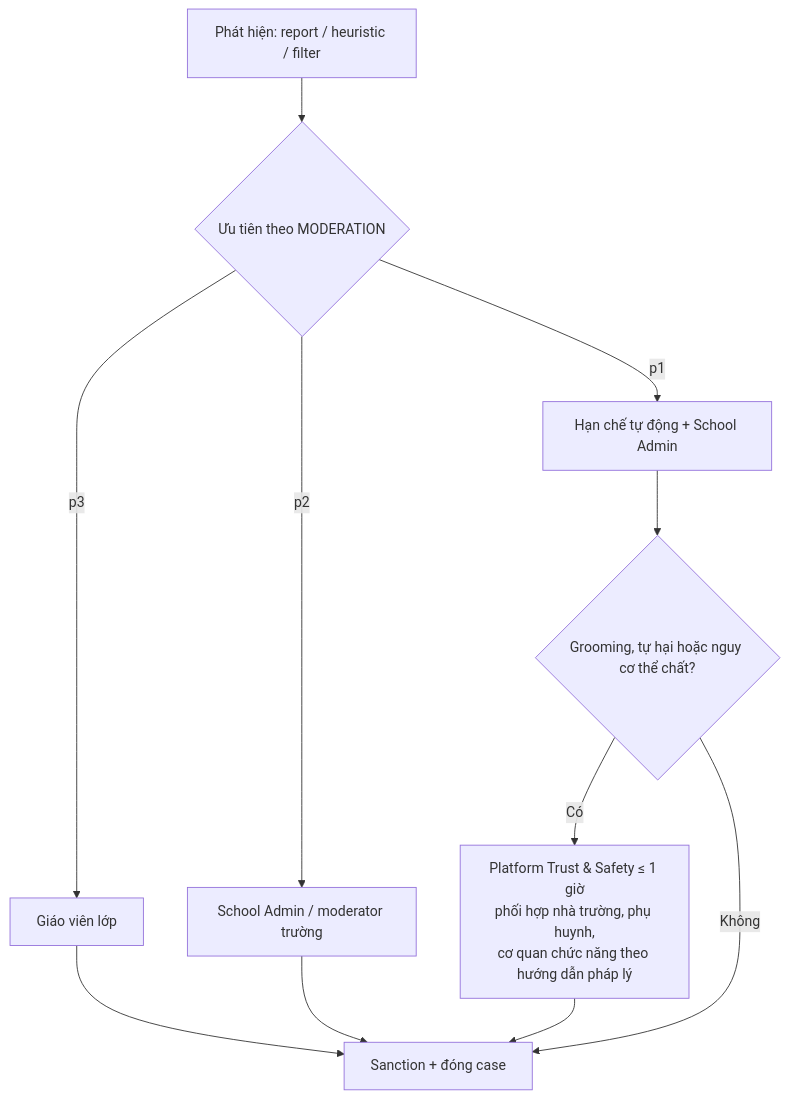
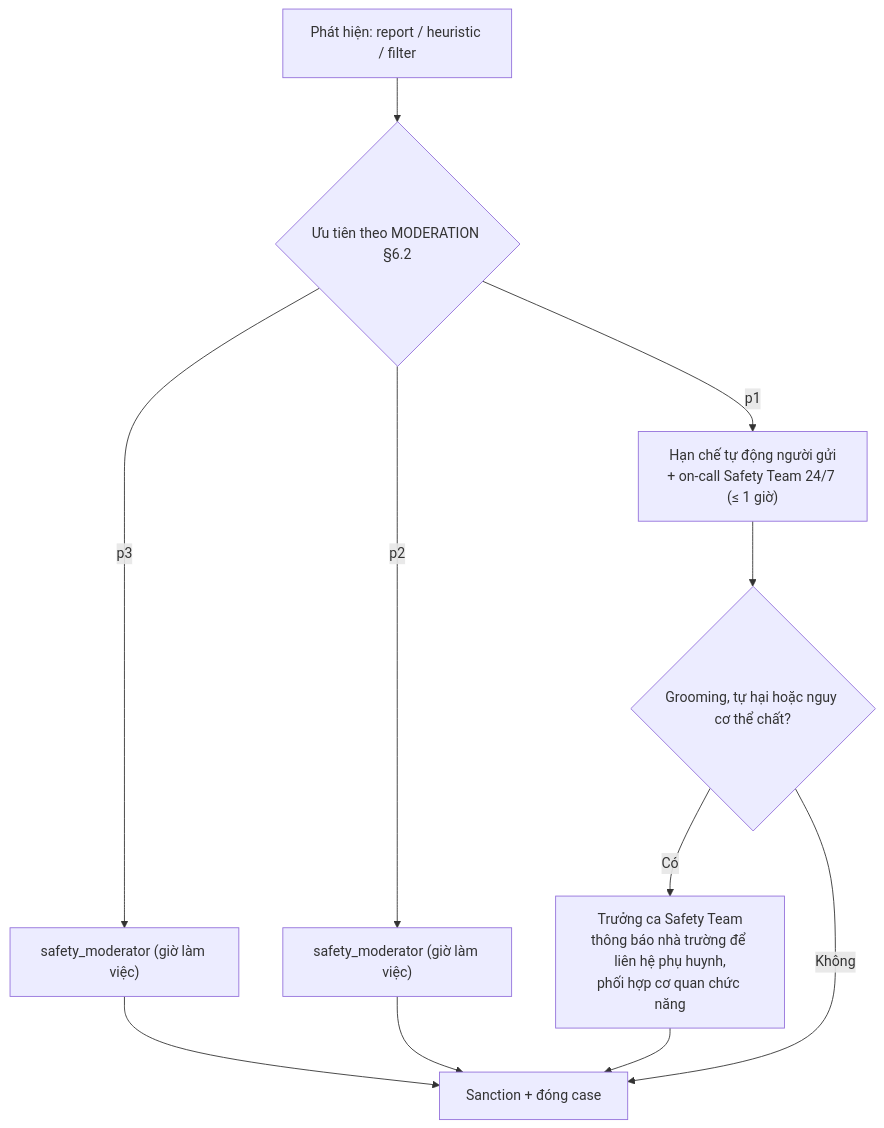
The second of 2 diagrams in docs/10-security/CHILD_SAFETY.md (tanguyen2020/eduworld-platform), drawn with Mermaid before and after one commit. The commit also changed other lines of this file and 922 other files, not shown here.

````diff
--- a/docs/10-security/CHILD_SAFETY.md
+++ b/docs/10-security/CHILD_SAFETY.md
@@ -241,13 +287,13 @@
 ```mermaid
 flowchart TD
-  A["Phát hiện: report / heuristic / filter"] --> B{"Ưu tiên theo MODERATION"}
-  B -- p3 --> C["Giáo viên lớp"]
-  B -- p2 --> D["School Admin / moderator trường"]
-  B -- p1 --> E["Hạn chế tự động + School Admin"]
+  A["Phát hiện: report / heuristic / filter"] --> B{"Ưu tiên theo MODERATION §6.2"}
+  B -- p3 --> C["safety_moderator (giờ làm việc)"]
+  B -- p2 --> D["safety_moderator (giờ làm việc)"]
+  B -- p1 --> E["Hạn chế tự động người gửi<br/>+ on-call Safety Team 24/7 (≤ 1 giờ)"]
   E --> F{"Grooming, tự hại hoặc nguy cơ thể chất?"}
-  F -- Có --> G["Platform Trust & Safety ≤ 1 giờ<br/>phối hợp nhà trường, phụ huynh,<br/>cơ quan chức năng theo hướng dẫn pháp lý"]
+  F -- Có --> G["Trưởng ca Safety Team<br/>thông báo nhà trường để liên hệ phụ huynh,<br/>phối hợp cơ quan chức năng"]
   F -- Không --> I["Sanction + đóng case"]
   C --> I
   D --> I
   G --> I
 ```
````
